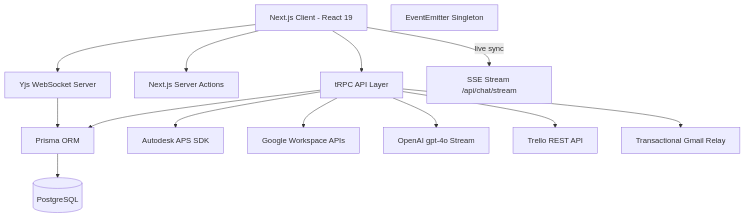
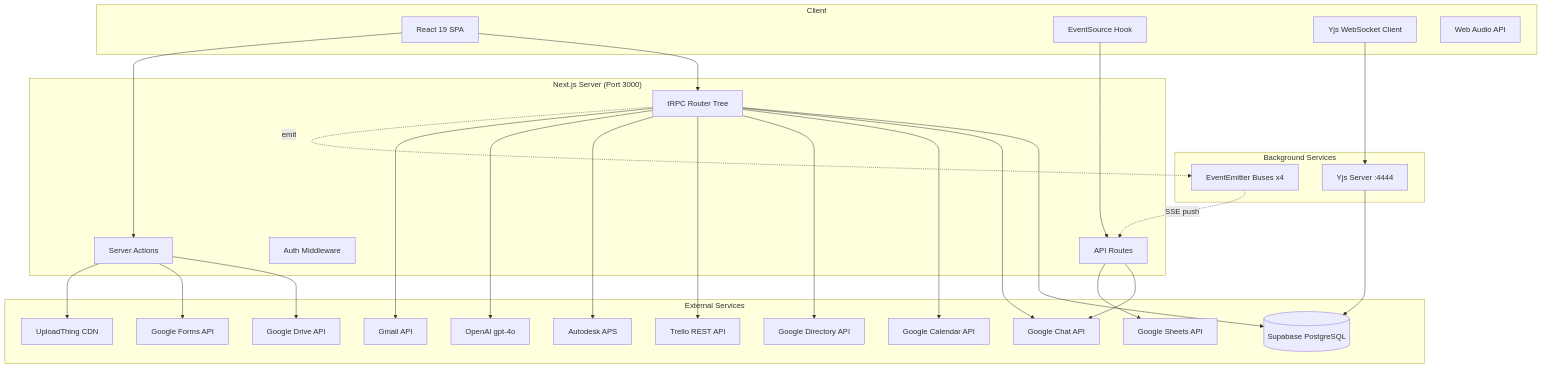
One commit to lecgarq/Dashboard changed the diagram in .gsd/ARCHITECTURE.md. Above: the diagram before and after it, drawn with Mermaid. The commit also changed other lines of this file and 2 other files, not shown here.

Commit message:
docs: nuclear-deep-phase codebase mapping — every function, every hook, every event bus, every route

````diff
--- a/.gsd/ARCHITECTURE.md
+++ b/.gsd/ARCHITECTURE.md
@@ -9,29 +13,57 @@
 ```mermaid
 graph TD
-    Client[Next.js Client - React 19]
-    TRPC[tRPC API Layer]
-    Actions[Next.js Server Actions]
-    Prisma[Prisma ORM]
-    DB[(PostgreSQL)]
-    APS[Autodesk APS SDK]
-    Google[Google Workspace APIs]
-    Yjs[Yjs WebSocket Server]
-    Events[EventEmitter Singleton]
-    SSE[SSE Stream /api/chat/stream]
-    AI[OpenAI gpt-4o Stream]
-    Trello[Trello REST API]
-    Resend[Transactional Gmail Relay]
+    subgraph Client
+        UI[React 19 SPA]
+        SSE_C[EventSource Hook]
+        YjsC[Yjs WebSocket Client]
+        AudioCtx[Web Audio API]
+    end
 
-    Client --> TRPC
-    Client --> Actions
-    Client --> Yjs
-    Client -- live sync --> SSE
-    TRPC --> Prisma
+    subgraph "Next.js Server (Port 3000)"
+        TRPC[tRPC Router Tree]
+        API[API Routes]
+        MW[Auth Middleware]
+        SA[Server Actions]
+    end
+
+    subgraph "Background Services"
+        YjsS[Yjs Server :4444]
+        EventBus[EventEmitter Buses x4]
+    end
+
+    subgraph "External Services"
+        Supabase[(Supabase PostgreSQL)]
+        GChat[Google Chat API]
+        GCal[Google Calendar API]
+        GDir[Google Directory API]
+        GSheets[Google Sheets API]
+        GDrive[Google Drive API]
+        GForms[Google Forms API]
+        Trello[Trello REST API]
+        APS[Autodesk APS]
+        OpenAI[OpenAI gpt-4o]
+        Gmail[Gmail API]
+        UT[UploadThing CDN]
+    end
+
+    UI --> TRPC
+    UI --> SA
+    SSE_C --> API
+    YjsC --> YjsS
+    TRPC --> Supabase
+    TRPC --> GChat
+    TRPC --> GCal
+    TRPC --> GDir
+    TRPC --> Trello
     TRPC --> APS
-    TRPC --> Google
-    TRPC --> AI
-    TRPC --> Trello
-    TRPC --> Resend
-    Prisma --> DB
-    Yjs --> Prisma
+    TRPC --> OpenAI
+    TRPC --> Gmail
+    API --> GChat
+    API --> GSheets
+    SA --> GDrive
+    SA --> GForms
+    SA --> UT
+    YjsS --> Supabase
+    TRPC -. emit .-> EventBus
+    EventBus -. SSE push .-> API
 ```
````
